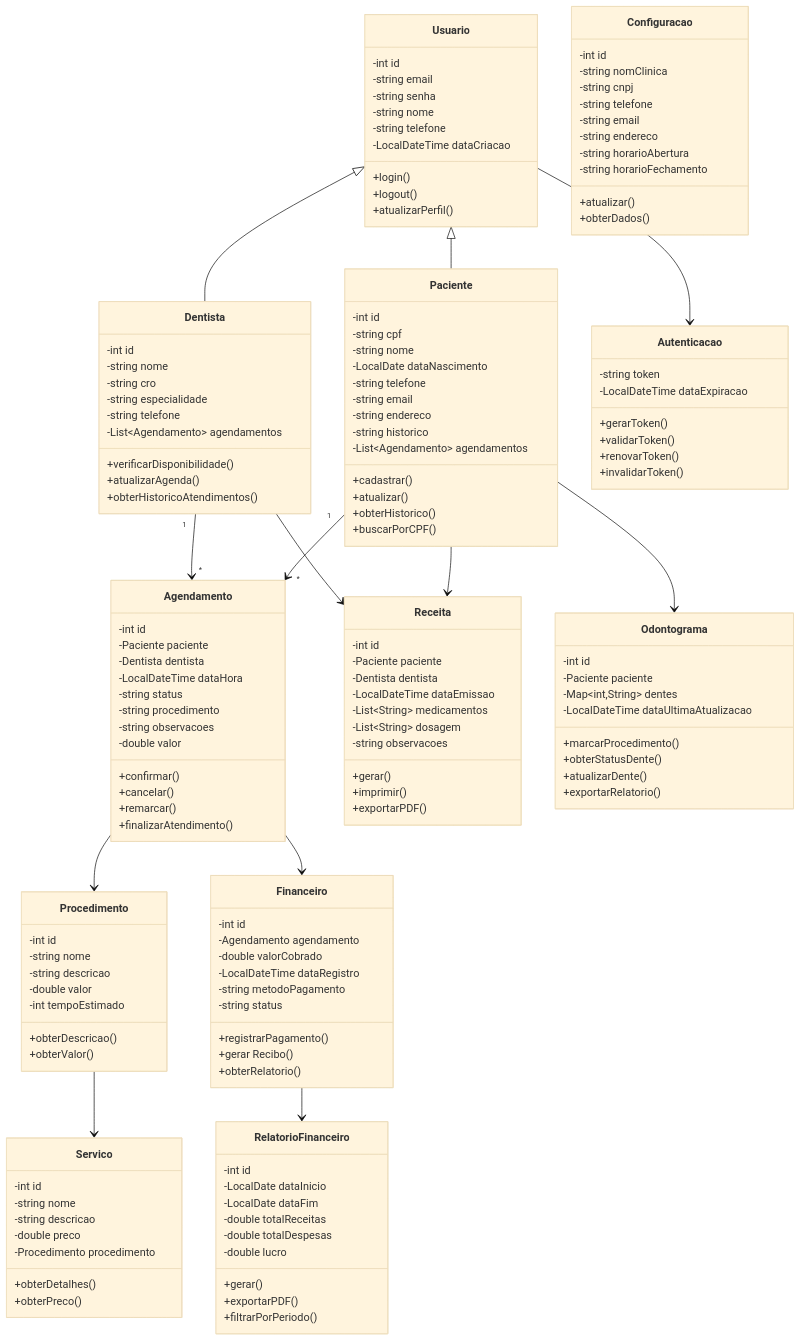
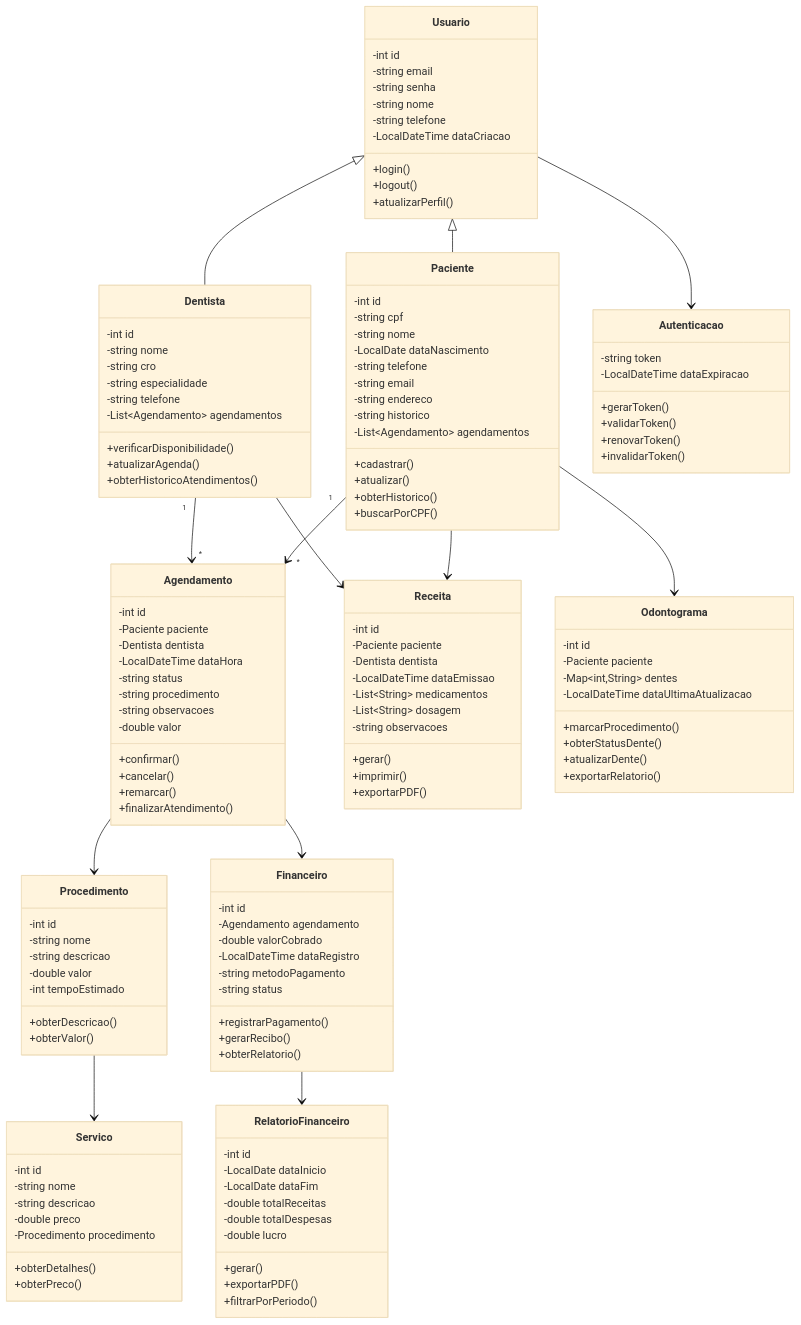
The first of 9 diagrams in README.md (grsantos56/clinica-odontologica), drawn with Mermaid (base theme) before and after one commit. The commit also changed other lines of this file, not shown here.

````diff
--- a/README.md
+++ b/README.md
@@ -1319,7 +394,7 @@
         -string metodoPagamento
         -string status
         +registrarPagamento()
-        +gerar Recibo()
+        +gerarRecibo()
         +obterRelatorio()
     }
 
@@ -1333,19 +408,6 @@
         +gerar()
         +exportarPDF()
         +filtrarPorPeriodo()
-    }
-
-    class Configuracao {
-        -int id
-        -string nomClinica
-        -string cnpj
-        -string telefone
-        -string email
-        -string endereco
-        -string horarioAbertura
-        -string horarioFechamento
-        +atualizar()
-        +obterDados()
     }
 
     class Autenticacao {
@@ -1369,5 +431,4 @@
     Agendamento --> Financeiro
     Financeiro --> RelatorioFinanceiro
     Usuario --> Autenticacao
-
-``` 
+```
````
